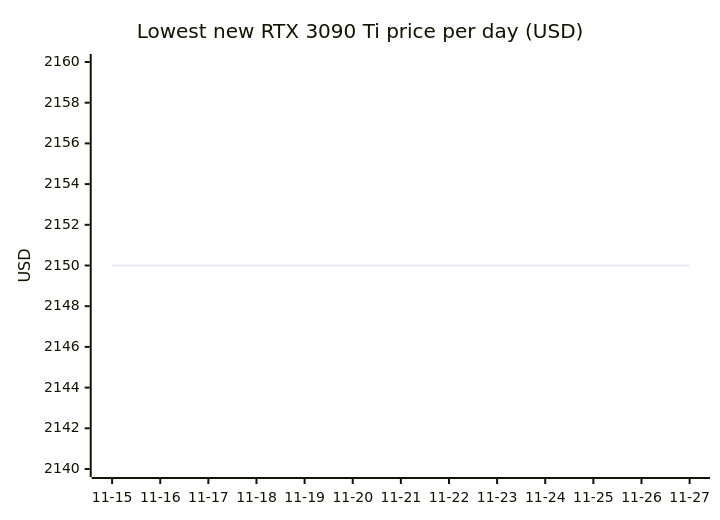
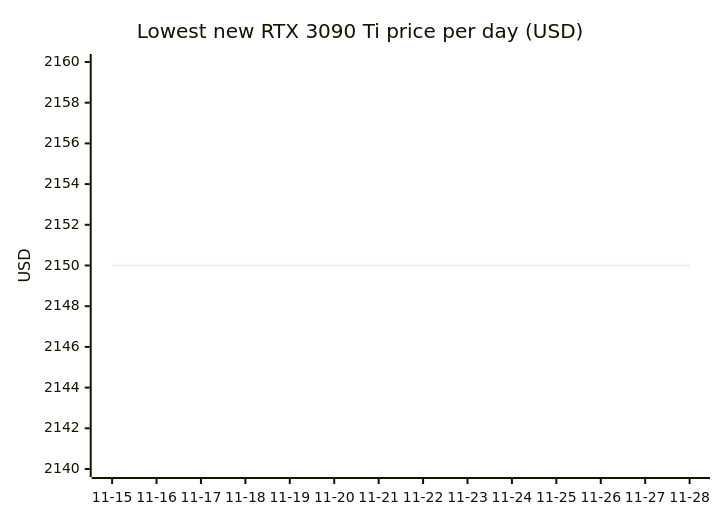
Before and after one commit to 7324136828/4tb_ssd_price_watch: the eighth of 18 diagrams in README.md, drawn with Mermaid. The commit also changed other lines of this file, not shown here.

````diff
--- a/README.md
+++ b/README.md
@@ -1024,7 +1052,7 @@
 ```mermaid
 xychart-beta
     title "Lowest new RTX 3090 Ti price per day (USD)"
-    x-axis ["11-15", "11-16", "11-17", "11-18", "11-19", "11-20", "11-21", "11-22", "11-23", "11-24", "11-25", "11-26", "11-27"]
+    x-axis ["11-15", "11-16", "11-17", "11-18", "11-19", "11-20", "11-21", "11-22", "11-23", "11-24", "11-25", "11-26", "11-27", "11-28"]
     y-axis "USD" 2140 --> 2160
-    line [2150.00, 2150.00, 2150.00, 2150.00, 2150.00, 2150.00, 2150.00, 2150.00, 2150.00, 2150.00, 2150.00, 2150.00, 2150.00]
+    line [2150.00, 2150.00, 2150.00, 2150.00, 2150.00, 2150.00, 2150.00, 2150.00, 2150.00, 2150.00, 2150.00, 2150.00, 2150.00, 2150.00]
 ```
````
